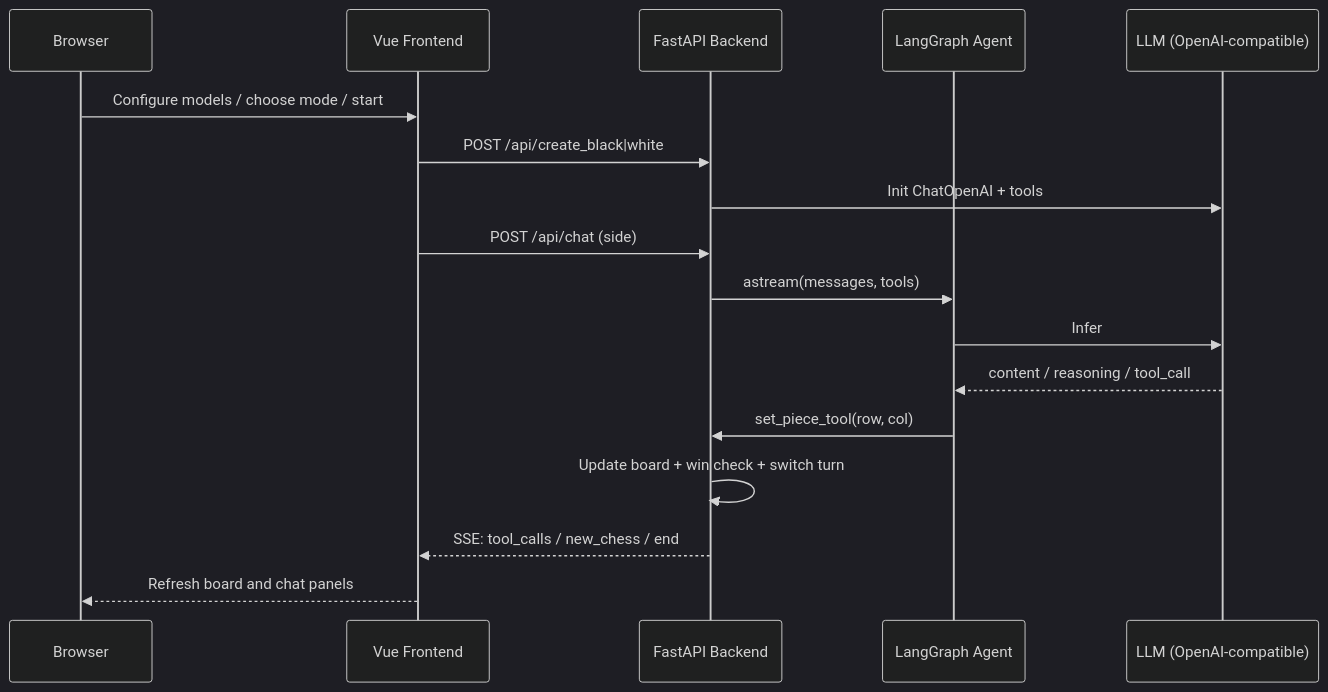
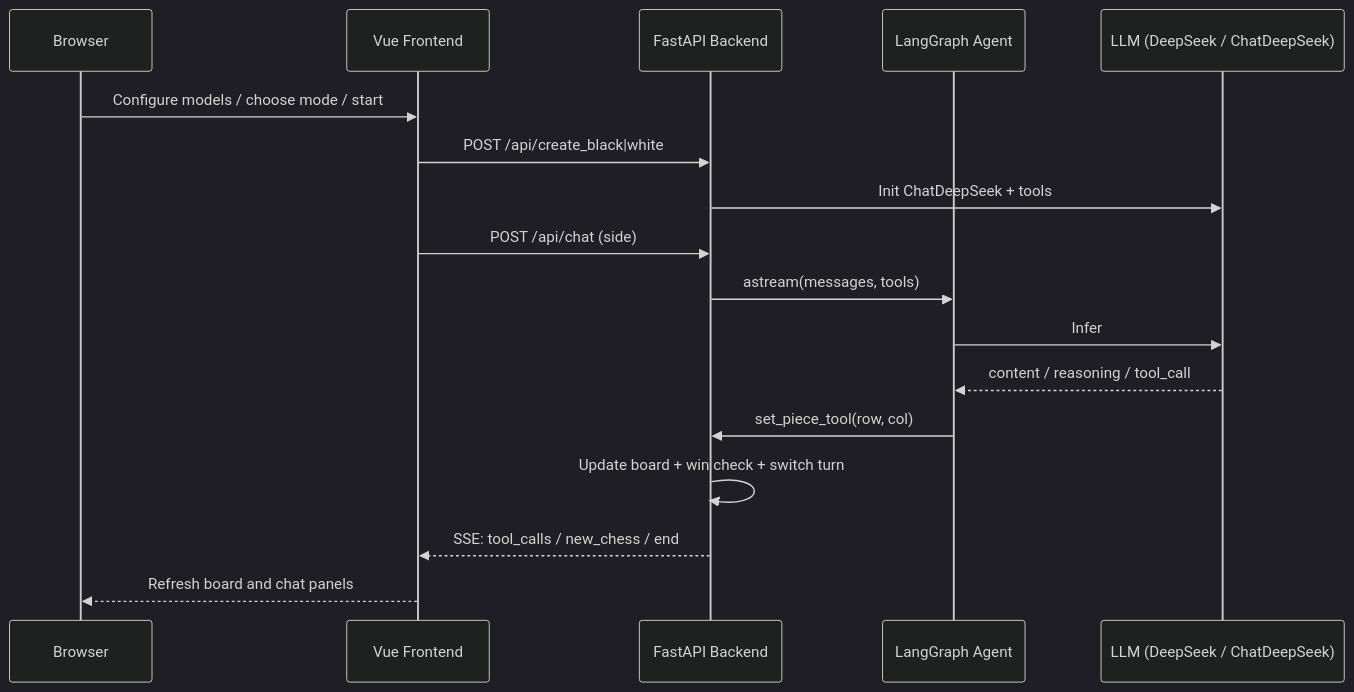
One commit to Leeszzzz/Gobang-with-LLM changed the second of 2 diagrams in README.md. Above: the diagram before and after it, drawn with Mermaid (dark theme). The commit also changed other lines of this file and 2 other files, not shown here.

Commit message:
ChatOpenAI改为ChatDeepSeek，支持completion接口格式及思考内容输出

````diff
--- a/README.md
+++ b/README.md
@@ -307,20 +307,20 @@
 ```mermaid
 sequenceDiagram
     participant U as Browser
     participant F as Vue Frontend
     participant B as FastAPI Backend
     participant A as LangGraph Agent
-    participant L as LLM (OpenAI-compatible)
+    participant L as LLM (DeepSeek / ChatDeepSeek)
 
     U->>F: Configure models / choose mode / start
     F->>B: POST /api/create_black|white
-    B->>L: Init ChatOpenAI + tools
+    B->>L: Init ChatDeepSeek + tools
     F->>B: POST /api/chat (side)
     B->>A: astream(messages, tools)
     A->>L: Infer
     L-->>A: content / reasoning / tool_call
     A->>B: set_piece_tool(row, col)
     B->>B: Update board + win check + switch turn
     B-->>F: SSE: tool_calls / new_chess / end
     F-->>U: Refresh board and chat panels
 ```
````
